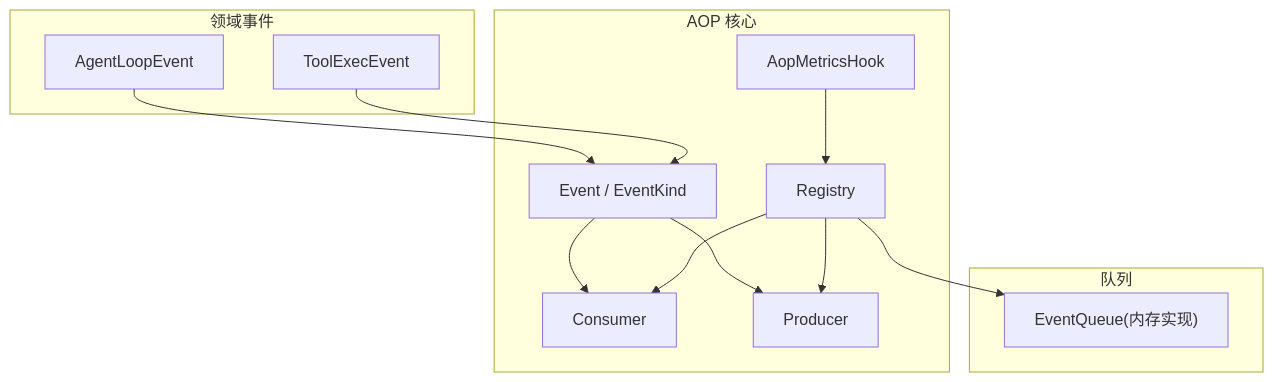
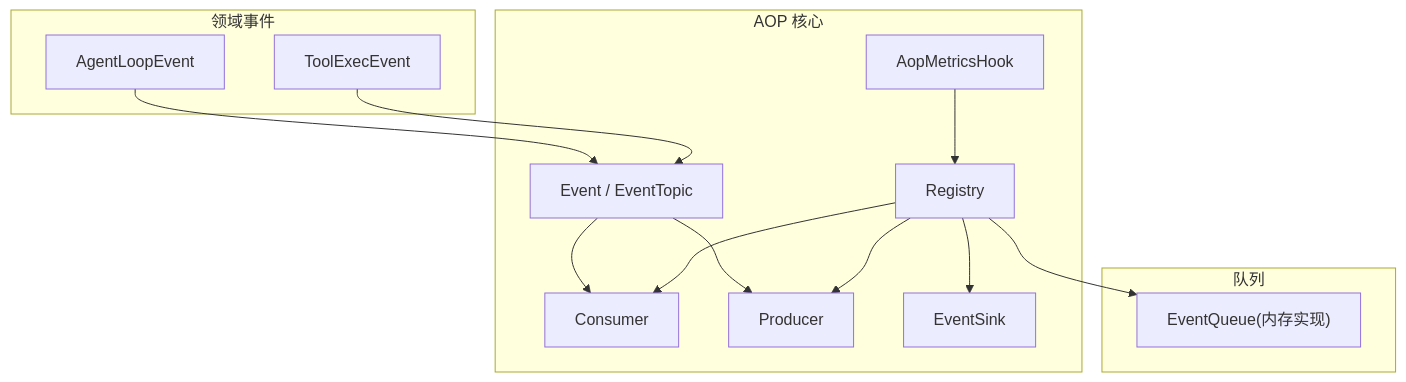
One commit to runningcoders/ai_orz changed the first of 7 diagrams in docs/wiki/zh/content/基础设施/AOP 事件系统/AOP 核心架构/事件系统核心.md. Above: the diagram before and after it, drawn with Mermaid. The commit also changed other lines of this file and 37 other files, not shown here.

````diff
--- a/docs/wiki/zh/content/基础设施/AOP 事件系统/AOP 核心架构/事件系统核心.md
+++ b/docs/wiki/zh/content/基础设施/AOP 事件系统/AOP 核心架构/事件系统核心.md
@@ -39,25 +50,27 @@
 ```mermaid
 graph TB
 subgraph "AOP 核心"
-E["Event / EventKind"]
+E["Event / EventTopic"]
 C["Consumer"]
 P["Producer"]
 R["Registry"]
+S["EventSink"]
 H["AopMetricsHook"]
 end
 subgraph "队列"
 Q["EventQueue(内存实现)"]
 end
 subgraph "领域事件"
 EL["AgentLoopEvent"]
 TE["ToolExecEvent"]
 end
 E --> C
 E --> P
 R --> C
 R --> P
 R --> Q
+R --> S
 H --> R
 EL --> E
 TE --> E
 ```
````
